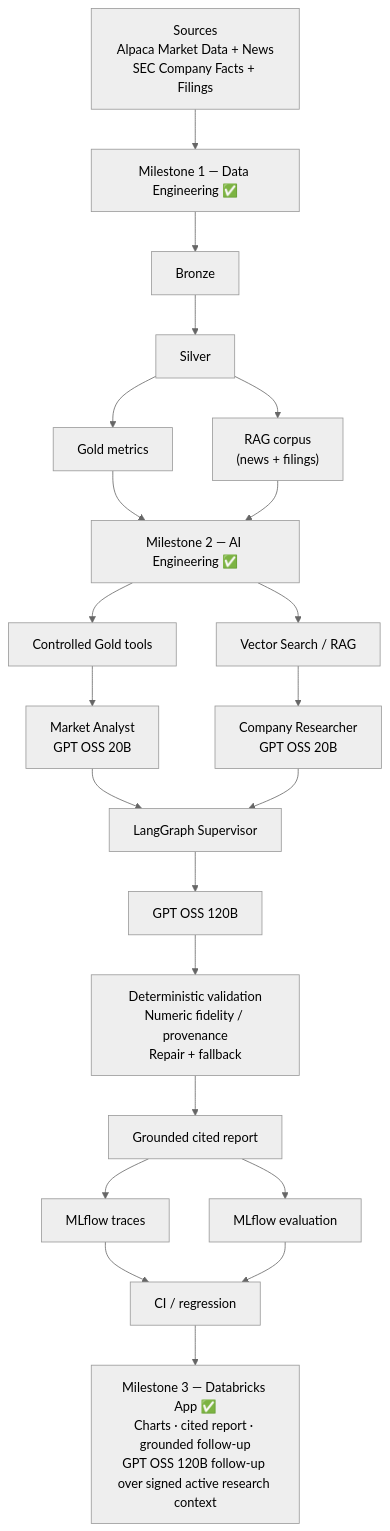
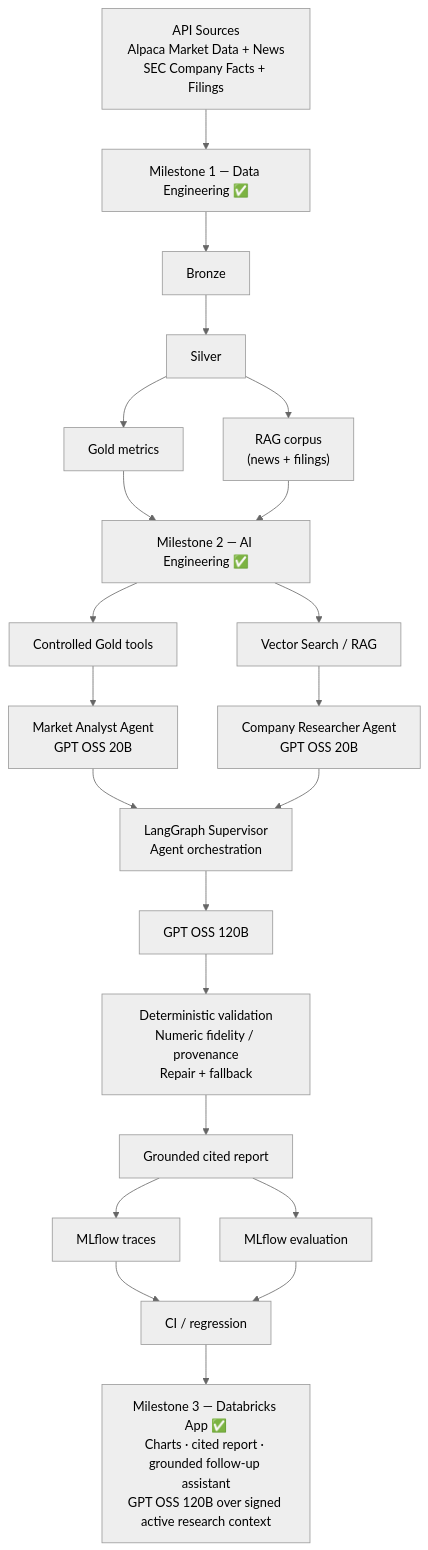
Before and after one commit to maghdam/multi-agent-equity-research-system-on-databricks: the diagram in README.md, drawn with Mermaid (neutral theme).

Commit message:
docs: clarify architecture diagram roles

````diff
--- a/README.md
+++ b/README.md
@@ -116,38 +116,38 @@
 ```mermaid
 flowchart TB
-    sources["Sources<br/>Alpaca Market Data + News<br/>SEC Company Facts + Filings"]
+    sources["API Sources<br/>Alpaca Market Data + News<br/>SEC Company Facts + Filings"]
     milestone1["Milestone 1 — Data Engineering ✅"]
     bronze["Bronze"]
     silver["Silver"]
     gold["Gold metrics"]
     corpus["RAG corpus<br/>(news + filings)"]
     milestone2["Milestone 2 — AI Engineering ✅"]
     gold_tools["Controlled Gold tools"]
     vector_search["Vector Search / RAG"]
-    market_analyst["Market Analyst<br/>GPT OSS 20B"]
-    company_researcher["Company Researcher<br/>GPT OSS 20B"]
-    supervisor["LangGraph Supervisor"]
+    market_analyst["Market Analyst Agent<br/>GPT OSS 20B"]
+    company_researcher["Company Researcher Agent<br/>GPT OSS 20B"]
+    supervisor["LangGraph Supervisor<br/>Agent orchestration"]
     synthesis["GPT OSS 120B"]
     validation["Deterministic validation<br/>Numeric fidelity / provenance<br/>Repair + fallback"]
     report["Grounded cited report"]
     traces["MLflow traces"]
     evaluation["MLflow evaluation"]
     regression["CI / regression"]
-    app["Milestone 3 — Databricks App ✅<br/>Charts · cited report · grounded follow-up<br/>GPT OSS 120B follow-up over signed active research context"]
+    app["Milestone 3 — Databricks App ✅<br/>Charts · cited report · grounded follow-up assistant<br/>GPT OSS 120B over signed active research context"]
 
     sources --> milestone1 --> bronze --> silver
     silver --> gold
     silver --> corpus
     gold --> milestone2
     corpus --> milestone2
     milestone2 --> gold_tools --> market_analyst
     milestone2 --> vector_search --> company_researcher
     market_analyst --> supervisor
     company_researcher --> supervisor
     supervisor --> synthesis --> validation --> report
     report --> traces
     report --> evaluation
     traces --> regression
     evaluation --> regression
     regression --> app
 ```
````
